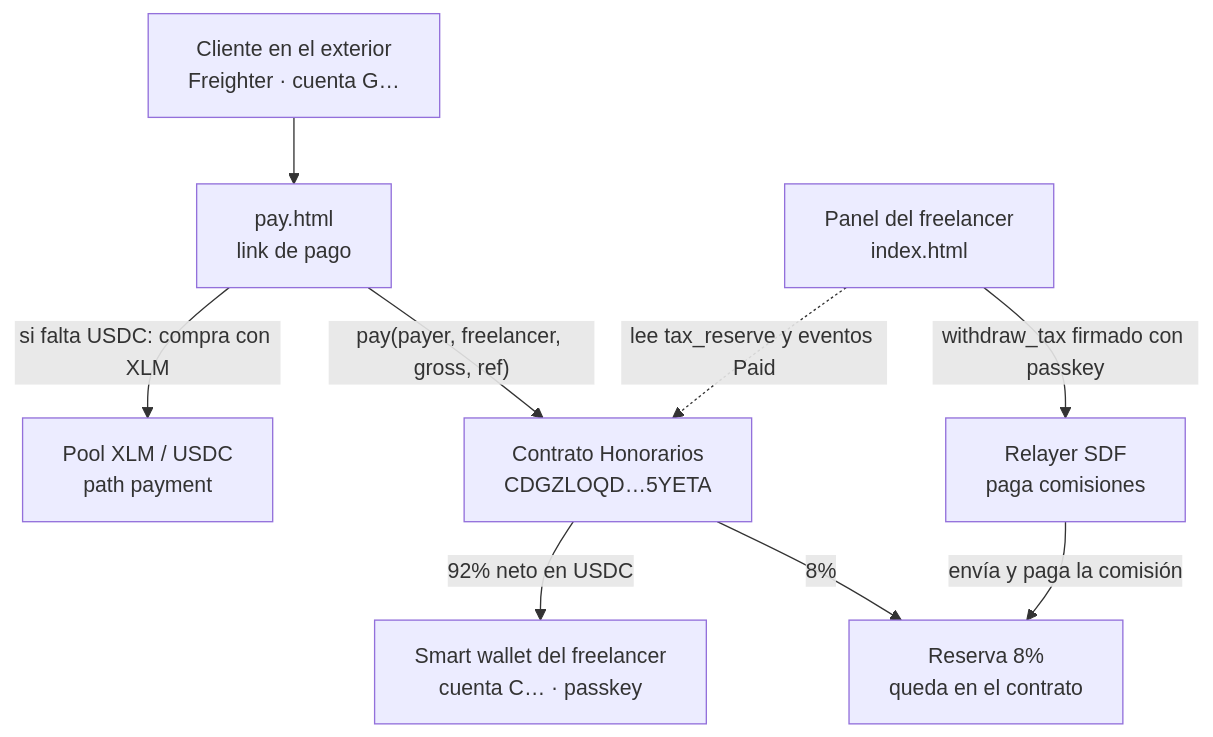
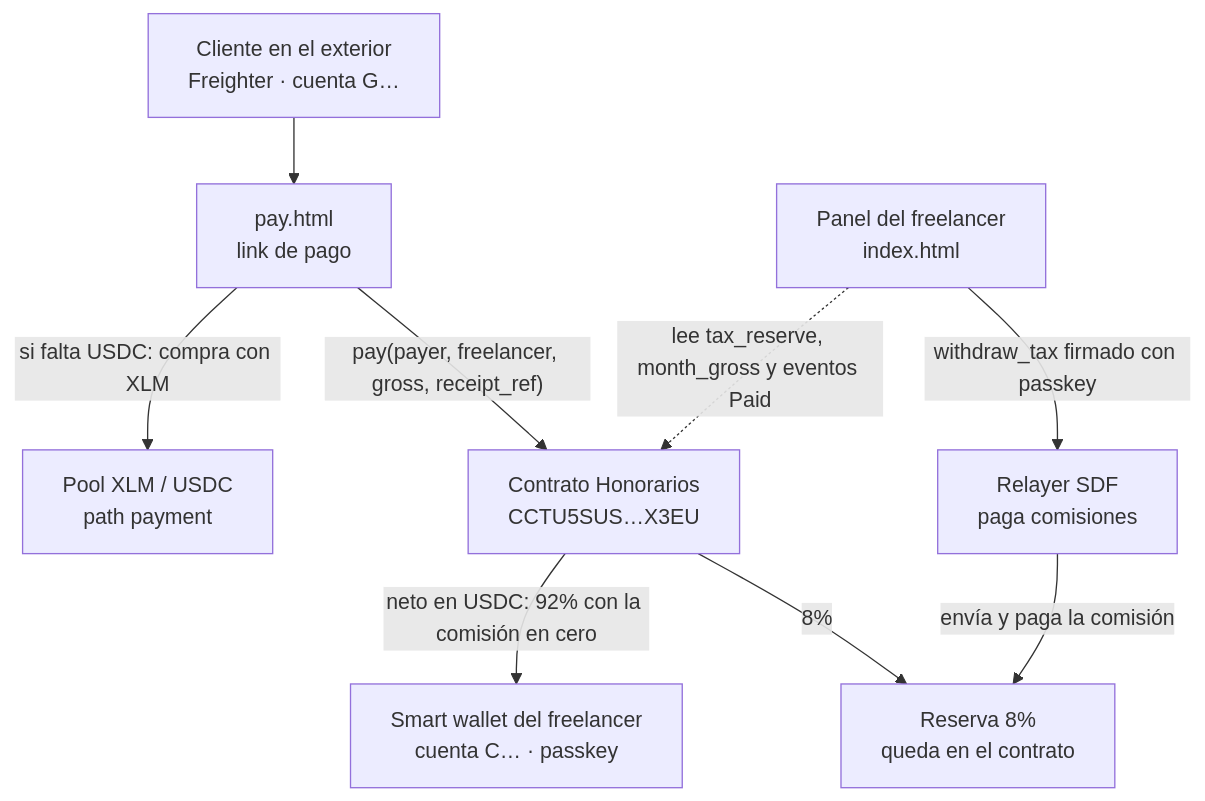
One commit to kasbsquall/honorarios changed the first of 3 diagrams in docs/arquitectura.md. Above: the diagram before and after it, drawn with Mermaid. The commit also changed other lines of this file and 18 other files, not shown here.

````diff
--- a/docs/arquitectura.md
+++ b/docs/arquitectura.md
@@ -9,20 +9,20 @@
 ```mermaid
 flowchart TB
   CL["Cliente en el exterior<br/>Freighter · cuenta G…"]
   PG["pay.html<br/>link de pago"]
   POOL["Pool XLM / USDC<br/>path payment"]
-  H["Contrato Honorarios<br/>CDGZLOQD…5YETA"]
+  H["Contrato Honorarios<br/>CCTU5SUS…X3EU"]
   RES["Reserva 8%<br/>queda en el contrato"]
   SW["Smart wallet del freelancer<br/>cuenta C… · passkey"]
   D["Panel del freelancer<br/>index.html"]
   R["Relayer SDF<br/>paga comisiones"]
 
   CL --> PG
   PG -->|"si falta USDC: compra con XLM"| POOL
-  PG -->|"pay(payer, freelancer, gross, ref)"| H
-  H -->|"92% neto en USDC"| SW
+  PG -->|"pay(payer, freelancer, gross, receipt_ref)"| H
+  H -->|"neto en USDC: 92% con la comisión en cero"| SW
   H -->|"8%"| RES
-  D -.->|"lee tax_reserve y eventos Paid"| H
+  D -.->|"lee tax_reserve, month_gross y eventos Paid"| H
   D -->|"withdraw_tax firmado con passkey"| R
   R -->|"envía y paga la comisión"| RES
 ```
````
